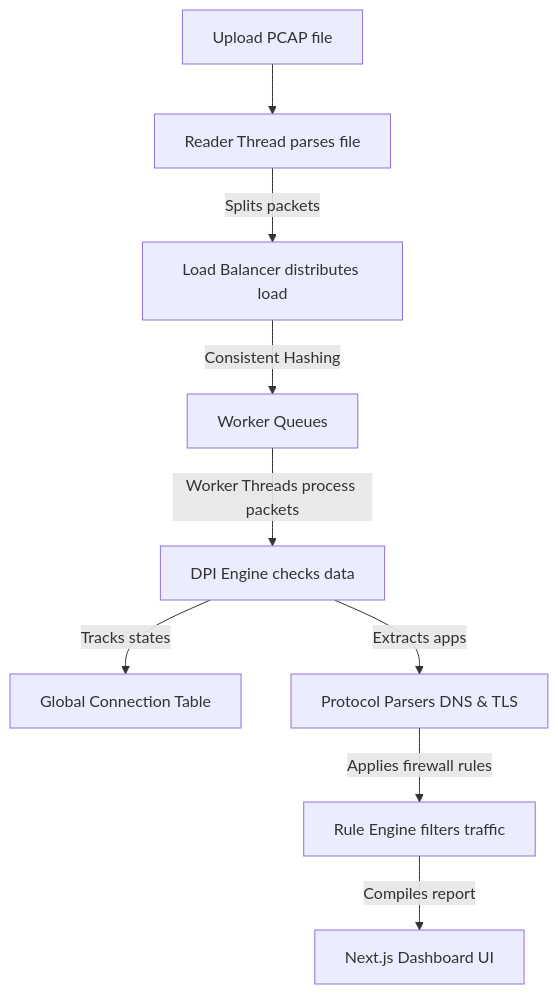
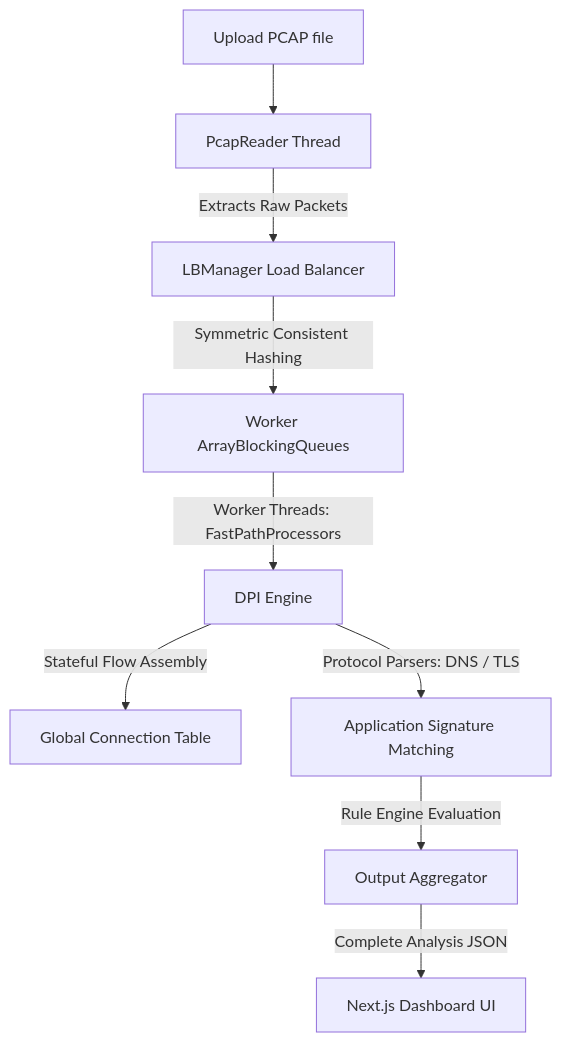
The diagram in README.md (PrernaSrivastava1/NetScope-DPI), drawn with Mermaid before and after one commit. The commit also changed other lines of this file and 1 other file, not shown here.

````diff
--- a/README.md
+++ b/README.md
@@ -13,11 +56,11 @@
 ```mermaid
 graph TD
-    A[Upload PCAP file] --> B[Reader Thread parses file]
-    B -->|Splits packets| C[Load Balancer distributes load]
-    C -->|Consistent Hashing| D[Worker Queues]
-    D -->|Worker Threads process packets| E[DPI Engine checks data]
-    E -->|Tracks states| F[Global Connection Table]
-    E -->|Extracts apps| G[Protocol Parsers DNS & TLS]
-    G -->|Applies firewall rules| H[Rule Engine filters traffic]
-    H -->|Compiles report| I[Next.js Dashboard UI]
+    A[Upload PCAP file] --> B[PcapReader Thread]
+    B -->|Extracts Raw Packets| C[LBManager Load Balancer]
+    C -->|Symmetric Consistent Hashing| D[Worker ArrayBlockingQueues]
+    D -->|Worker Threads: FastPathProcessors| E[DPI Engine]
+    E -->|Stateful Flow Assembly| F[Global Connection Table]
+    E -->|Protocol Parsers: DNS / TLS| G[Application Signature Matching]
+    G -->|Rule Engine Evaluation| H[Output Aggregator]
+    H -->|Complete Analysis JSON| I[Next.js Dashboard UI]
 ```
````
